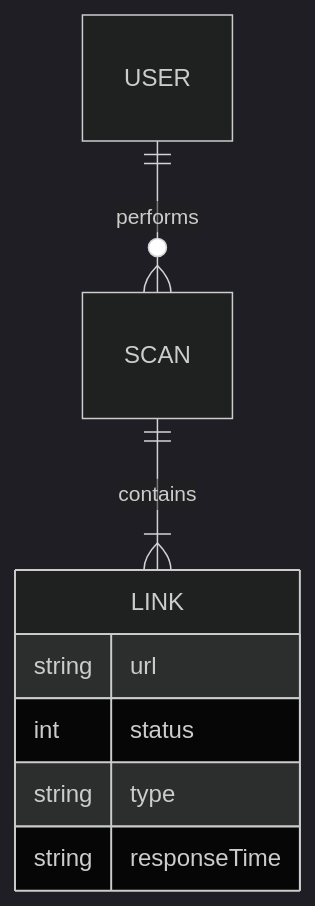
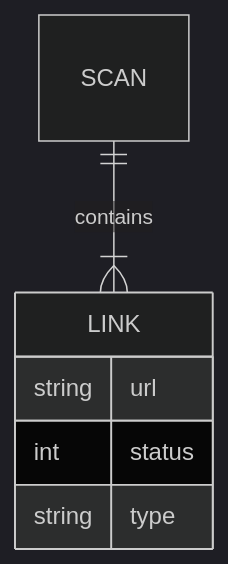
One commit to Chhatrapati-sahu-09/broken-link-checker changed the second of 2 diagrams in README.md. Above: the diagram before and after it, drawn with Mermaid (dark theme). The commit also changed other lines of this file, not shown here.

````diff
--- a/README.md
+++ b/README.md
@@ -147,11 +150,9 @@
 ```mermaid
 erDiagram
-    USER ||--o{ SCAN : performs
     SCAN ||--|{ LINK : contains
     LINK {
         string url
         int status
         string type
-        string responseTime
     }
 ```
````
